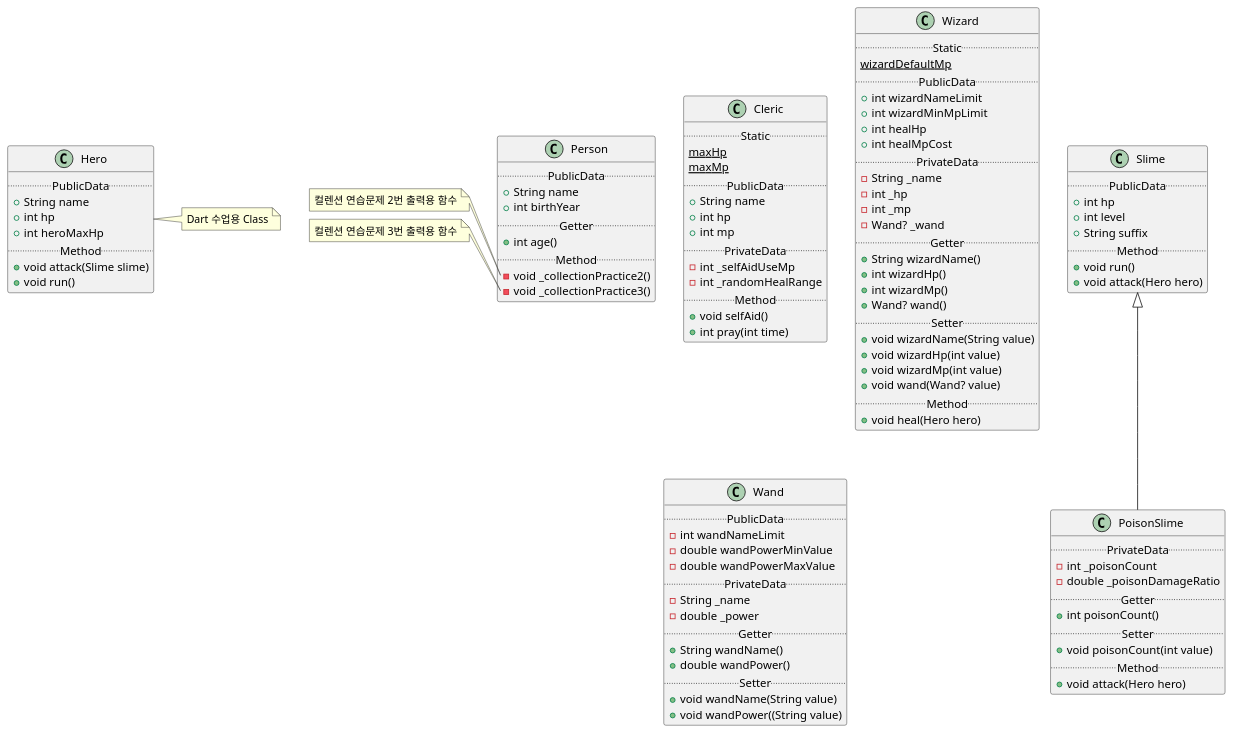
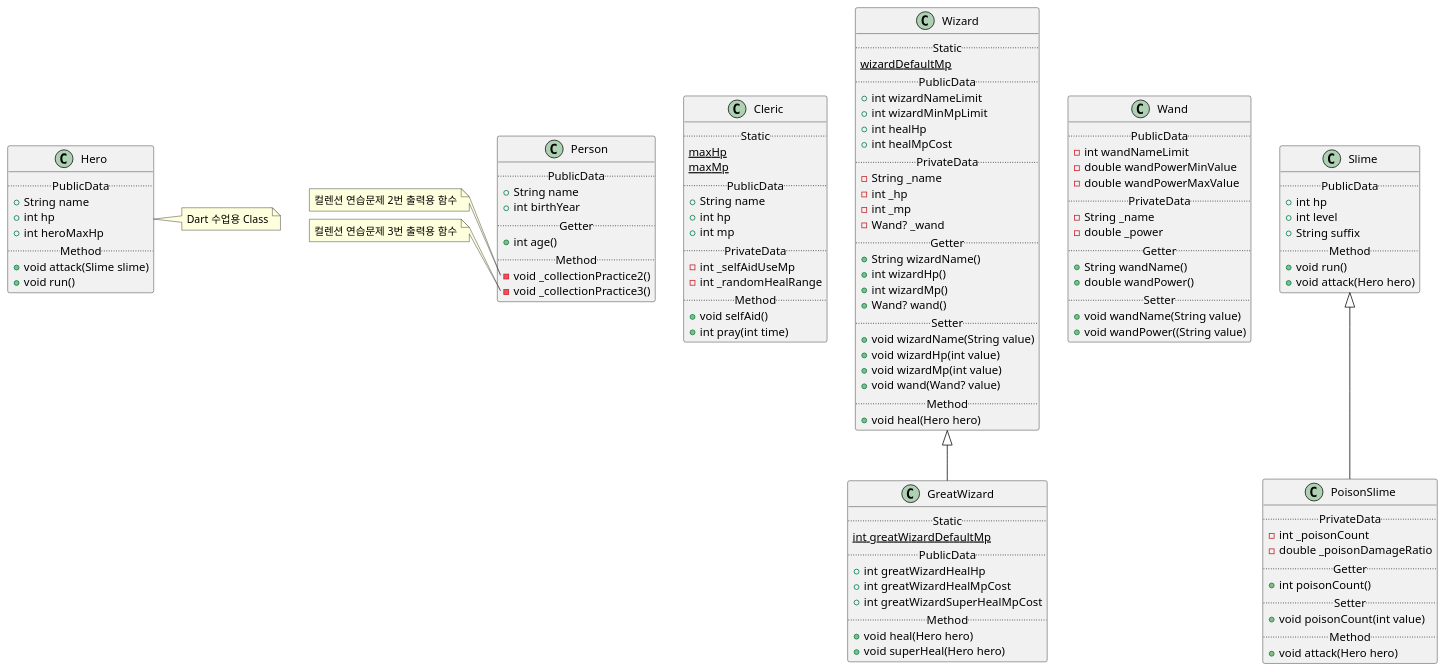
One commit to SurvivalCodingCampus/sesac7_dart_study changed the diagram in lib/game.puml. Above: the diagram before and after it, drawn with PlantUML.

Commit message:
docs: game uml GreatWizard Class 작성

```diff
--- a/lib/game.puml
+++ b/lib/game.puml
@@ -1,114 +1,126 @@
 @startuml
 scale 1
 class Cleric {
     ..Static..
     {static} maxHp
     {static} maxMp
     ..PublicData..
     +String name
     +int hp
     +int mp
     ..PrivateData..
     -int _selfAidUseMp
     -int _randomHealRange
     ..Method..
     +void selfAid()
     +int pray(int time)
 }
 
 class Hero {
     ..PublicData..
     +String name
     +int hp
     +int heroMaxHp
     ..Method..
     +void attack(Slime slime)
     +void run()
 }
 
 class Wizard {
     ..Static..
     {static}wizardDefaultMp
     ..PublicData..
     +int wizardNameLimit
     +int wizardMinMpLimit
     +int healHp
     +int healMpCost
     ..PrivateData..
     -String _name
     -int _hp
     -int _mp
     -Wand? _wand
     ..Getter..
     +String wizardName()
     +int wizardHp()
     +int wizardMp()
     +Wand? wand()
     ..Setter..
     +void wizardName(String value)
     +void wizardHp(int value)
     +void wizardMp(int value)
     +void wand(Wand? value)
     ..Method..
     +void heal(Hero hero)
+}
+
+class GreatWizard extends Wizard {
+    ..Static..
+    {static}int greatWizardDefaultMp
+    ..PublicData..
+    +int greatWizardHealHp
+    +int greatWizardHealMpCost
+    +int greatWizardSuperHealMpCost
+    ..Method..
+    +void heal(Hero hero)
+    +void superHeal(Hero hero)
 }
 
 class Wand {
     ..PublicData..
     -int wandNameLimit
     -double wandPowerMinValue
     -double wandPowerMaxValue
     ..PrivateData..
     -String _name
     -double _power
     ..Getter..
     +String wandName()
     +double wandPower()
     ..Setter..
     +void wandName(String value)
     +void wandPower((String value)
 }
 
 class Person {
     ..PublicData..
     +String name
     +int birthYear
     ..Getter..
     +int age()
     ..Method..
     -void _collectionPractice2()
     -void _collectionPractice3()
 }
 
 class Slime {
     ..PublicData..
     +int hp
     +int level
     +String suffix
     ..Method..
     +void run()
     +void attack(Hero hero)
 }
 
 class PoisonSlime extends Slime {
     ..PrivateData..
     -int _poisonCount
     -double _poisonDamageRatio
     ..Getter..
     +int poisonCount()
     ..Setter..
     +void poisonCount(int value)
     ..Method..
     +void attack(Hero hero)
 }
 
 note right of Hero
     Dart 수업용 Class
 end note
 note left of Person::_collectionPractice2
     컬렌션 연습문제 2번 출력용 함수
 end note
 note left of Person::_collectionPractice3
     컬렌션 연습문제 3번 출력용 함수
 end note
 @enduml
```
